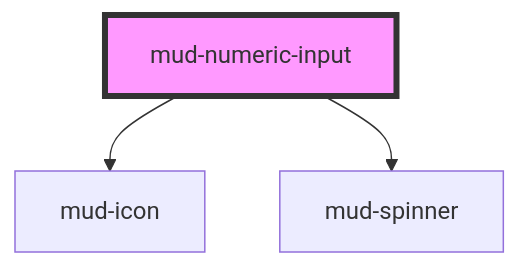
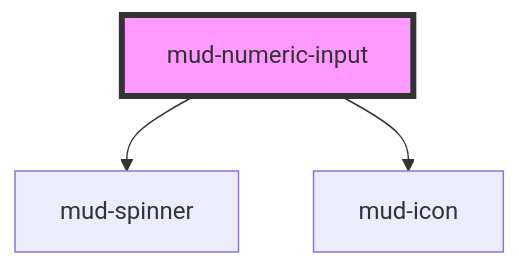
One commit to egov-moldova/design-system changed the diagram in src/components/mud-numeric-input/readme.md. Above: the diagram before and after it, drawn with Mermaid. The commit also changed other lines of this file and 153 other files, not shown here.

````diff
--- a/src/components/mud-numeric-input/readme.md
+++ b/src/components/mud-numeric-input/readme.md
@@ -113,6 +113,6 @@
 ```mermaid
 graph TD;
+  mud-numeric-input --> mud-spinner
   mud-numeric-input --> mud-icon
-  mud-numeric-input --> mud-spinner
   style mud-numeric-input fill:#f9f,stroke:#333,stroke-width:4px
 ```
````
